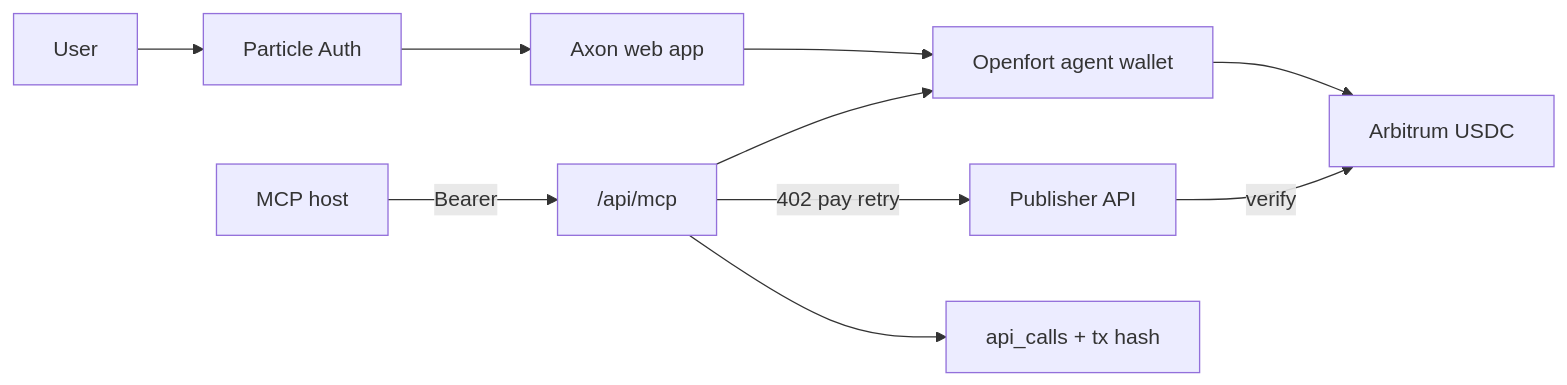
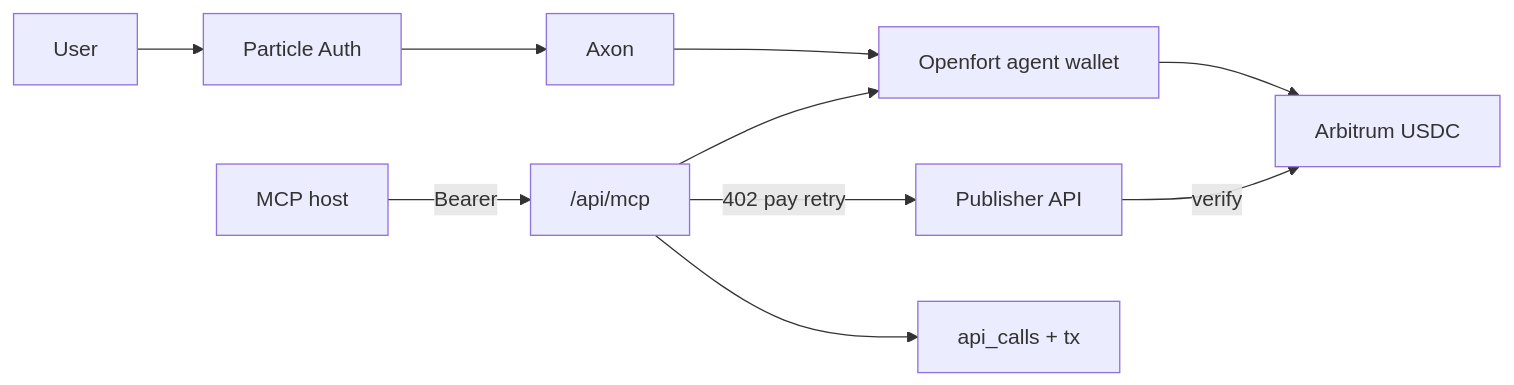
Before and after one commit to GarvitDadheech/Axon: the diagram in docs/axon-hackathon-integration.md, drawn with Mermaid. The commit also changed other lines of this file and 4 other files, not shown here.

````diff
--- a/docs/axon-hackathon-integration.md
+++ b/docs/axon-hackathon-integration.md
@@ -15,12 +9,12 @@
 ```mermaid
 flowchart LR
   User --> PA[Particle Auth]
-  PA --> Web[Axon web app]
+  PA --> Web[Axon]
   Web --> OF[Openfort agent wallet]
   Host[MCP host] -->|Bearer| MCP["/api/mcp"]
   MCP --> OF
   MCP -->|402 pay retry| Pub[Publisher API]
   OF --> Arb[Arbitrum USDC]
   Pub -->|verify| Arb
-  MCP --> Timeline[api_calls + tx hash]
+  MCP --> History[api_calls + tx]
 ```
````
